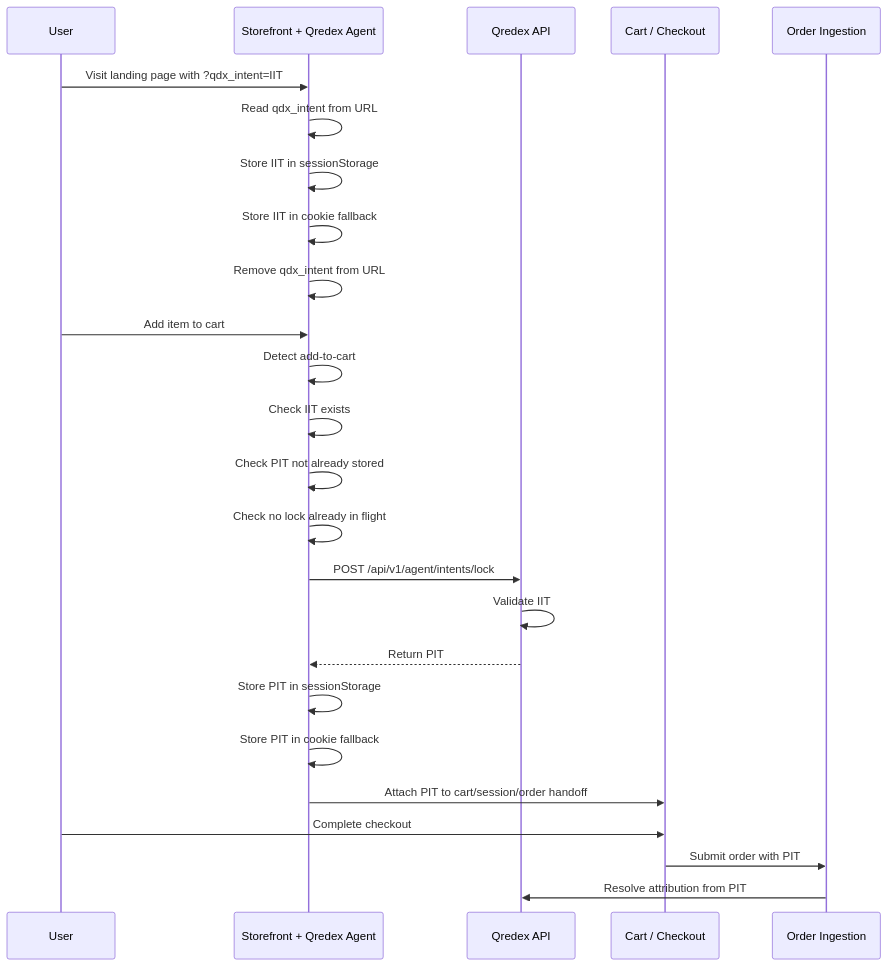
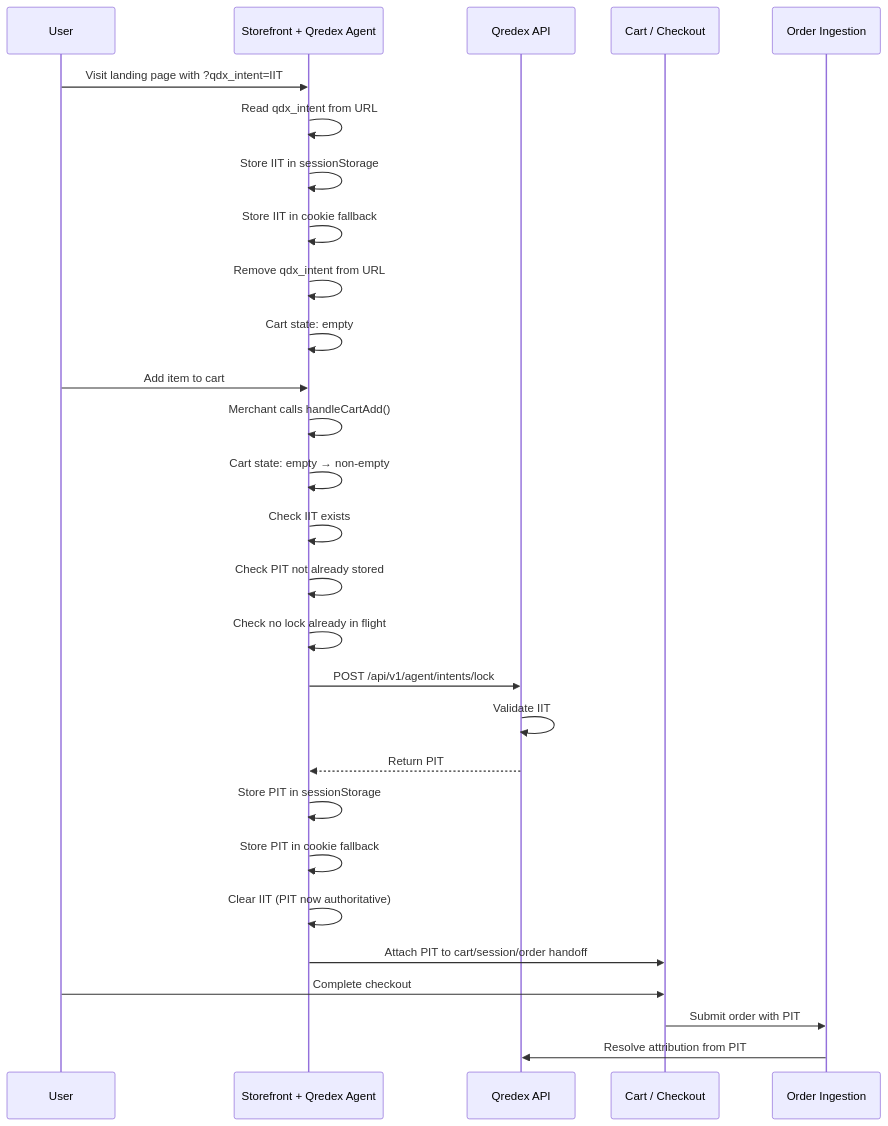
One commit to Qredex/qredex-agent changed the diagram in docs/QREDEX_AGENT_FLOW.md. Above: the diagram before and after it, drawn with Mermaid. The commit also changed other lines of this file and 4 other files, not shown here.

Commit message:
Refactor cart state machine and lock flow documentation

````diff
--- a/docs/QREDEX_AGENT_FLOW.md
+++ b/docs/QREDEX_AGENT_FLOW.md
@@ -58,32 +91,35 @@
 ```mermaid
 sequenceDiagram
     participant U as User
     participant FE as Storefront + Qredex Agent
     participant Q as Qredex API
     participant C as Cart / Checkout
     participant O as Order Ingestion
 
     U->>FE: Visit landing page with ?qdx_intent=IIT
     FE->>FE: Read qdx_intent from URL
     FE->>FE: Store IIT in sessionStorage
     FE->>FE: Store IIT in cookie fallback
     FE->>FE: Remove qdx_intent from URL
+    FE->>FE: Cart state: empty
 
     U->>FE: Add item to cart
-    FE->>FE: Detect add-to-cart
+    FE->>FE: Merchant calls handleCartAdd()
+    FE->>FE: Cart state: empty → non-empty
     FE->>FE: Check IIT exists
     FE->>FE: Check PIT not already stored
     FE->>FE: Check no lock already in flight
 
     FE->>Q: POST /api/v1/agent/intents/lock
     Q->>Q: Validate IIT
     Q-->>FE: Return PIT
 
     FE->>FE: Store PIT in sessionStorage
     FE->>FE: Store PIT in cookie fallback
+    FE->>FE: Clear IIT (PIT now authoritative)
     FE->>C: Attach PIT to cart/session/order handoff
 
     U->>C: Complete checkout
     C->>O: Submit order with PIT
     O->>Q: Resolve attribution from PIT
 ```
````
